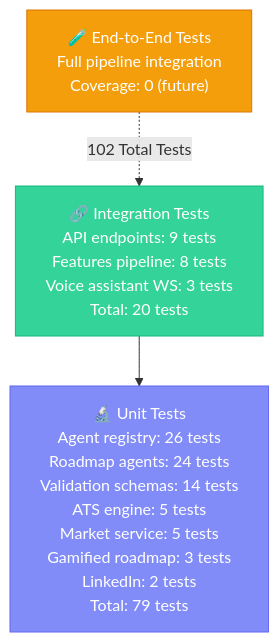
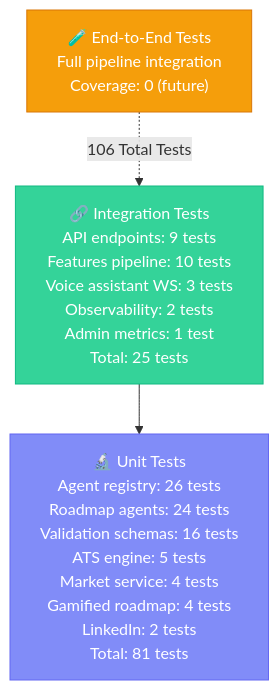
Diagram 31 of 34 in ARCHITECTURE.md (Anil-Pradhan-web/ai-career-mentor), drawn with Mermaid before and after one commit. The commit also changed other lines of this file, not shown here.

Commit message:
docs: sync Section 17 test suite counts and file nodes with tests

````diff
--- a/ARCHITECTURE.md
+++ b/ARCHITECTURE.md
@@ -1843,18 +1843,18 @@
 ```mermaid
 graph TB
     classDef unit fill:#818cf8,color:#fff,stroke:#6366f1
     classDef integ fill:#34d399,color:#fff,stroke:#10b981
     classDef e2e fill:#f59e0b,color:#fff,stroke:#d97706
 
     E2E["🧪 End-to-End Tests<br/>Full pipeline integration<br/>Coverage: 0 (future)"]
     
-    INTEG["🔗 Integration Tests<br/>API endpoints: 9 tests<br/>Features pipeline: 8 tests<br/>Voice assistant WS: 3 tests<br/>Total: 20 tests"]
+    INTEG["🔗 Integration Tests<br/>API endpoints: 9 tests<br/>Features pipeline: 10 tests<br/>Voice assistant WS: 3 tests<br/>Observability: 2 tests<br/>Admin metrics: 1 test<br/>Total: 25 tests"]
     
-    UNIT["🔬 Unit Tests<br/>Agent registry: 26 tests<br/>Roadmap agents: 24 tests<br/>Validation schemas: 14 tests<br/>ATS engine: 5 tests<br/>Market service: 5 tests<br/>Gamified roadmap: 3 tests<br/>LinkedIn: 2 tests<br/>Total: 79 tests"]
+    UNIT["🔬 Unit Tests<br/>Agent registry: 26 tests<br/>Roadmap agents: 24 tests<br/>Validation schemas: 16 tests<br/>ATS engine: 5 tests<br/>Market service: 4 tests<br/>Gamified roadmap: 4 tests<br/>LinkedIn: 2 tests<br/>Total: 81 tests"]
 
-    E2E -.->|"102 Total Tests"| INTEG --> UNIT
+    E2E -.->|"106 Total Tests"| INTEG --> UNIT
 
     class UNIT unit
     class INTEG integ
     class E2E e2e
 ```
````
